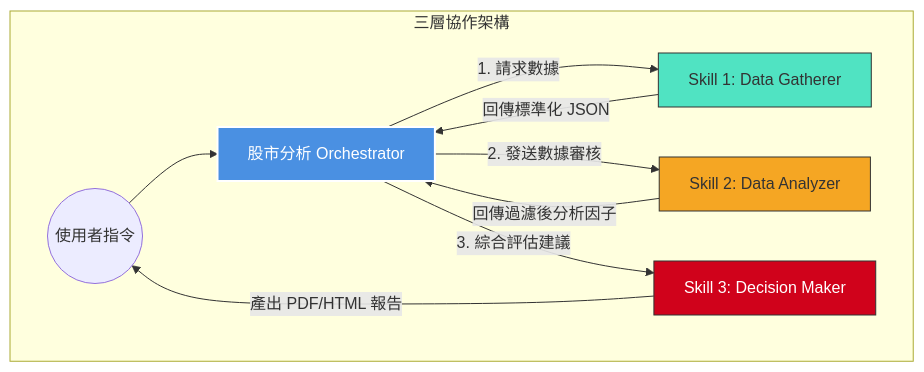
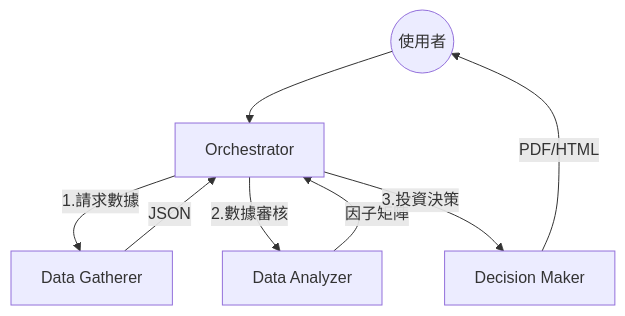
One commit to evanhsia-git/obsidian-vault changed the diagram in finance/stock-analysis-system-guide.md. Above: the diagram before and after it, drawn with Mermaid. The commit also changed other lines of this file and 139 other files, not shown here.

````diff
--- a/finance/stock-analysis-system-guide.md
+++ b/finance/stock-analysis-system-guide.md
@@ -17,20 +16,10 @@
 ```mermaid
 graph TD
-    User((使用者指令)) --> Orchestrator[股市分析 Orchestrator]
-    
-    subgraph "三層協作架構"
-        Orchestrator -->|1. 請求數據| Gatherer[Skill 1: Data Gatherer]
-        Gatherer -->|回傳標準化 JSON| Orchestrator
-        
-        Orchestrator -->|2. 發送數據審核| Analyzer[Skill 2: Data Analyzer]
-        Analyzer -->|回傳過濾後分析因子| Orchestrator
-        
-        Orchestrator -->|3. 綜合評估建議| Decider[Skill 3: Decision Maker]
-        Decider -->|產出 PDF/HTML 報告| User
-    end
-
-    style Orchestrator fill:#4A90E2,stroke:#fff,stroke-width:2px,color:#fff
-    style Gatherer fill:#50E3C2,stroke:#333,stroke-width:1px
-    style Analyzer fill:#F5A623,stroke:#333,stroke-width:1px
-    style Decider fill:#D0021B,stroke:#333,stroke-width:1px,color:#fff
+    User((使用者)) --> Orchestrator[Orchestrator]
+    Orchestrator -->|1.請求數據| Gatherer[Data Gatherer]
+    Gatherer -->|JSON| Orchestrator
+    Orchestrator -->|2.數據審核| Analyzer[Data Analyzer]
+    Analyzer -->|因子矩陣| Orchestrator
+    Orchestrator -->|3.投資決策| Decider[Decision Maker]
+    Decider -->|PDF/HTML| User
 ```
````
